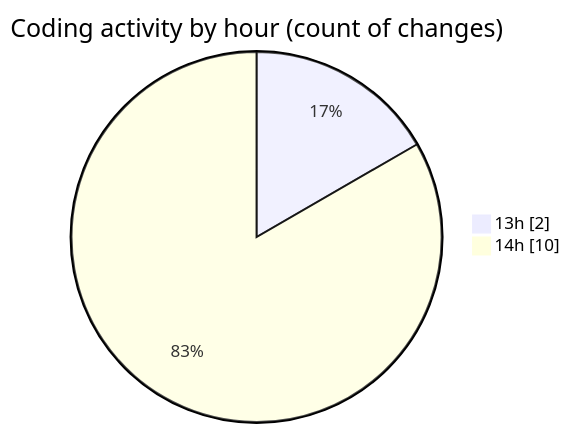
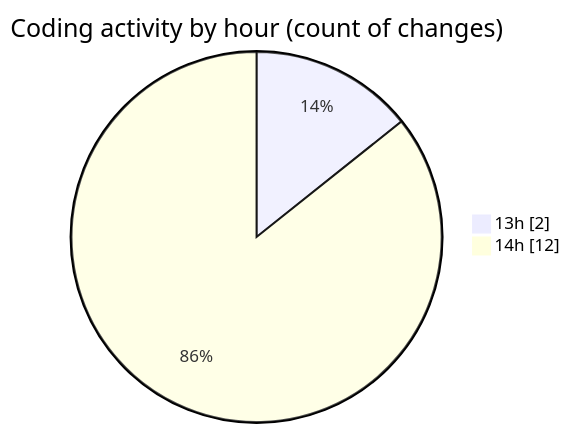
The second of 2 diagrams in 2025-03-27/vms-with-backend/README.md (BS-eng2023/code-tracking), drawn with Mermaid before and after one commit. The commit also changed other lines of this file and 1 other file, not shown here.

````diff
--- a/2025-03-27/vms-with-backend/README.md
+++ b/2025-03-27/vms-with-backend/README.md
@@ -33,6 +34,6 @@
 ```mermaid
 pie showData
 title Coding activity by hour (count of changes)
 "13h" : 2
-"14h" : 10
+"14h" : 12
 ```
````
